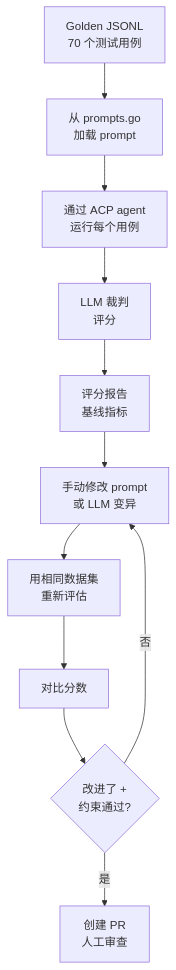
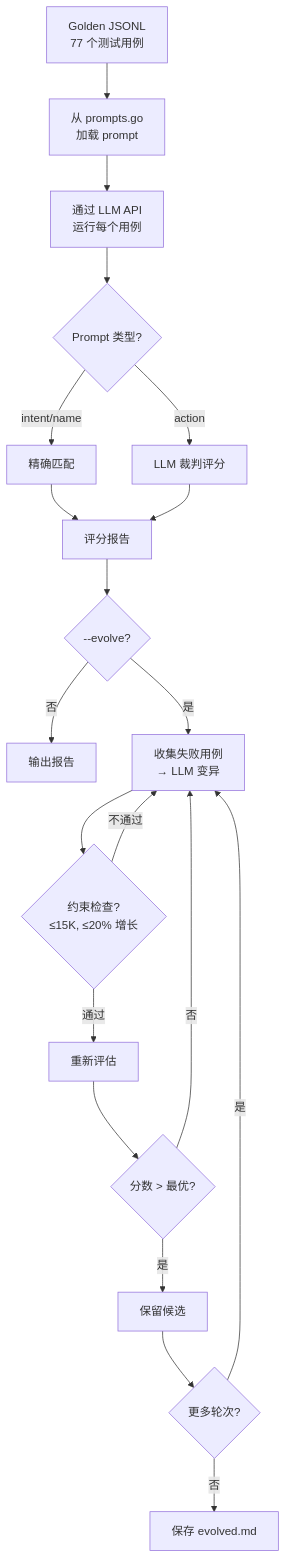
One commit to ringclaw/ringclaw changed the fourth of 4 diagrams in docs/zh/architecture/prompt-evolution.md. Above: the diagram before and after it, drawn with Mermaid. The commit also changed other lines of this file and 1 other file, not shown here.

First line of the commit message:
docs: update prompt-evolution to match implementation

````diff
--- a/docs/zh/architecture/prompt-evolution.md
+++ b/docs/zh/architecture/prompt-evolution.md
@@ -229,13 +229,22 @@
 ```mermaid
 flowchart TD
-    G[Golden JSONL\n70 个测试用例] --> L[从 prompts.go\n加载 prompt]
-    L --> R[通过 ACP agent\n运行每个用例]
-    R --> J[LLM 裁判\n评分]
-    J --> Rep[评分报告\n基线指标]
-    Rep --> Edit[手动修改 prompt\n或 LLM 变异]
-    Edit --> R2[用相同数据集\n重新评估]
-    R2 --> J2[对比分数]
-    J2 --> D{改进了 +\n约束通过?}
-    D -->|是| PR[创建 PR\n人工审查]
-    D -->|否| Edit
+    G[Golden JSONL\n77 个测试用例] --> L[从 prompts.go\n加载 prompt]
+    L --> R[通过 LLM API\n运行每个用例]
+    R --> J{Prompt 类型?}
+    J -->|intent/name| X[精确匹配]
+    J -->|action| Y[LLM 裁判评分]
+    X --> Rep[评分报告]
+    Y --> Rep
+    Rep --> Ev{--evolve?}
+    Ev -->|否| Done[输出报告]
+    Ev -->|是| M[收集失败用例\n→ LLM 变异]
+    M --> Gate{约束检查?\n≤15K, ≤20% 增长}
+    Gate -->|不通过| M
+    Gate -->|通过| R2[重新评估]
+    R2 --> Cmp{分数 > 最优?}
+    Cmp -->|是| Keep[保留候选]
+    Cmp -->|否| M
+    Keep --> More{更多轮次?}
+    More -->|是| M
+    More -->|否| Save[保存 evolved.md]
 ```
````
